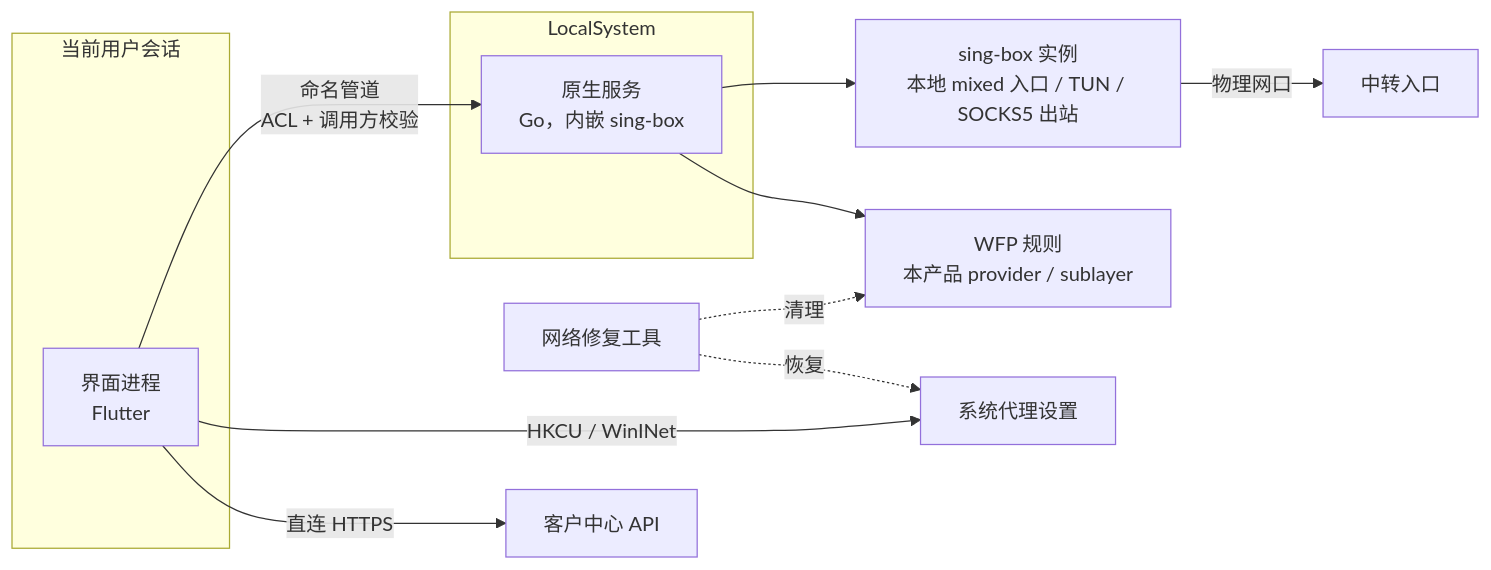
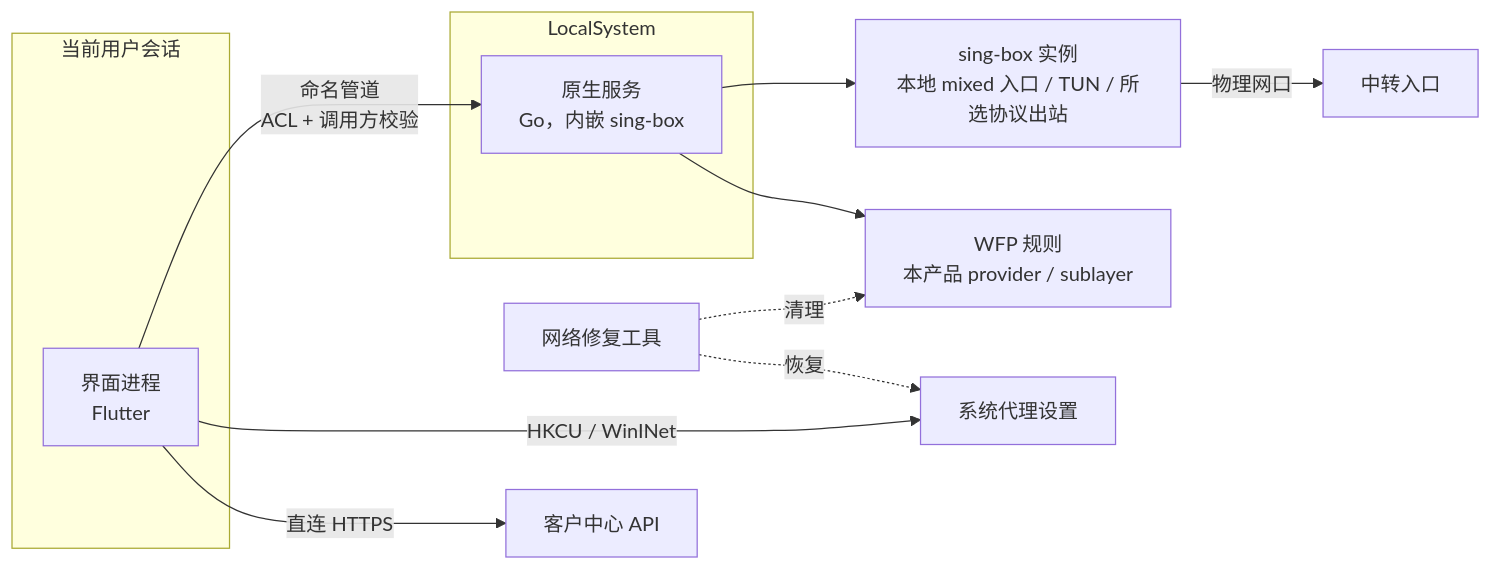
The first of 2 diagrams in docs/superpowers/specs/2026-10-10-sunipip-client-design-addendum.md (BlueGrassN/BlueGrass), drawn with Mermaid before and after one commit. The commit also changed other lines of this file and 22 other files, not shown here.

````diff
--- a/docs/superpowers/specs/2026-10-10-sunipip-client-design-addendum.md
+++ b/docs/superpowers/specs/2026-10-10-sunipip-client-design-addendum.md
@@ -38,17 +47,17 @@
 ```mermaid
 flowchart LR
     subgraph UserSession[当前用户会话]
         UI[界面进程<br/>Flutter]
     end
     subgraph LocalSystem[LocalSystem]
         Svc[原生服务<br/>Go，内嵌 sing-box]
     end
     UI -- 命名管道<br/>ACL + 调用方校验 --> Svc
     UI -- HKCU / WinINet --> Proxy[系统代理设置]
     UI -- 直连 HTTPS --> API[客户中心 API]
-    Svc --> Core[sing-box 实例<br/>本地 mixed 入口 / TUN / SOCKS5 出站]
+    Svc --> Core[sing-box 实例<br/>本地 mixed 入口 / TUN / 所选协议出站]
     Svc --> WFP[WFP 规则<br/>本产品 provider / sublayer]
     Core -- 物理网口 --> Relay[中转入口]
     Repair[网络修复工具] -. 清理 .-> WFP
     Repair -. 恢复 .-> Proxy
 ```
````
